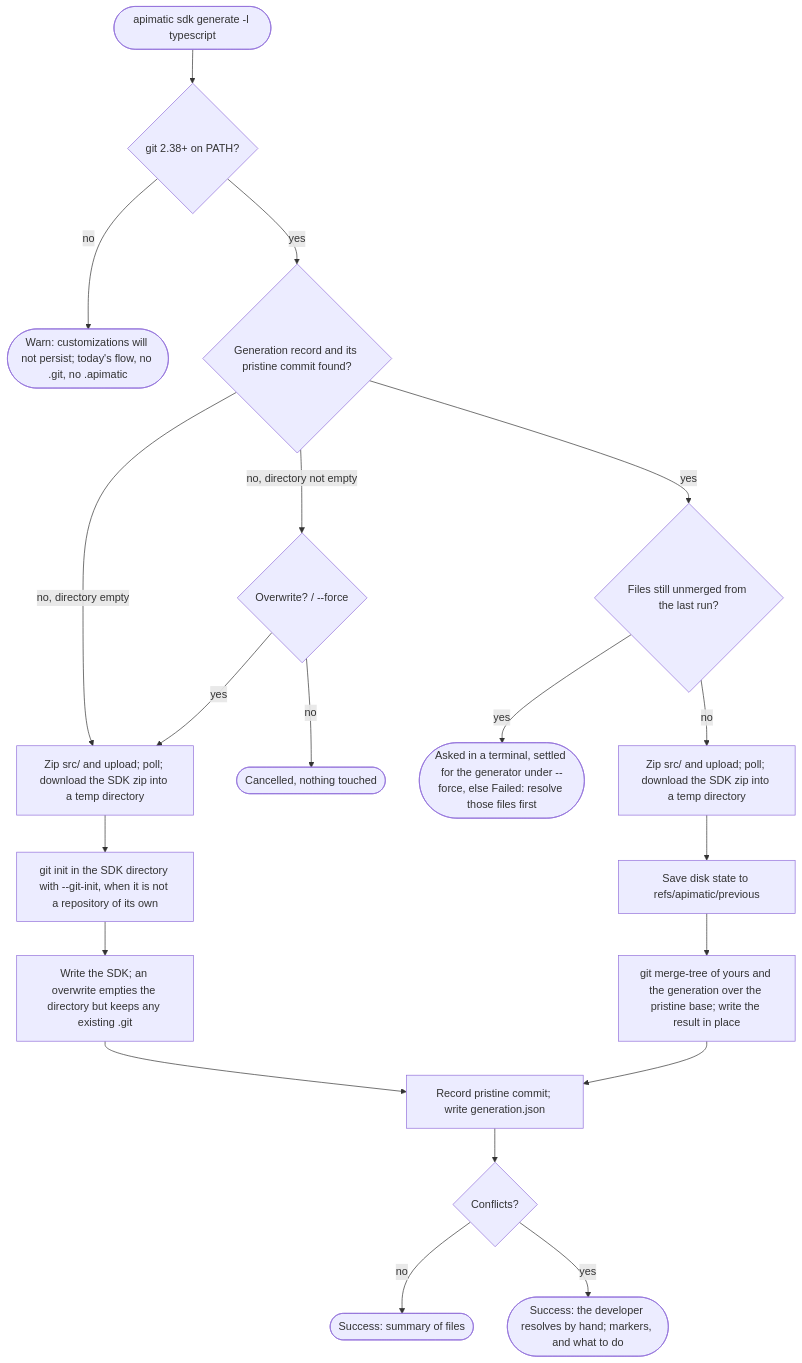
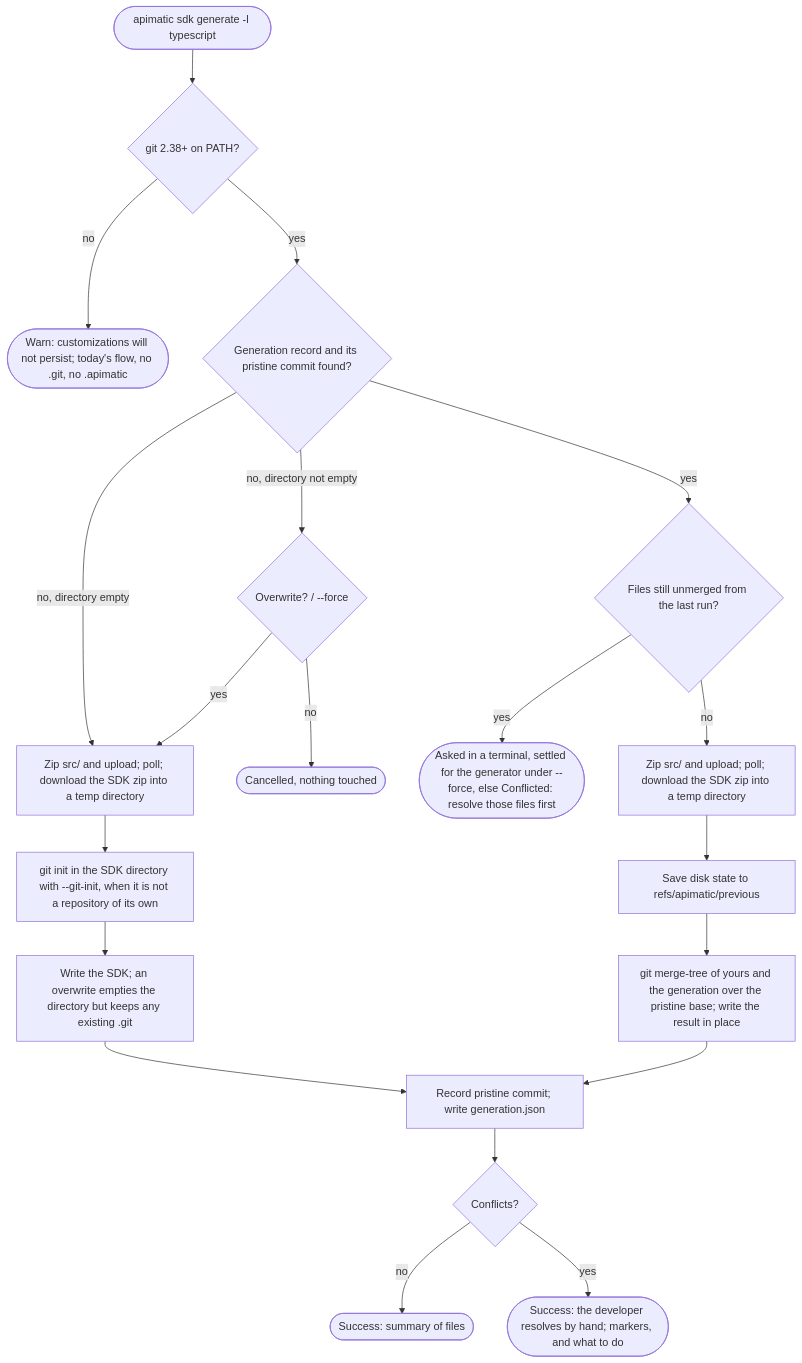
One commit to apimatic/apimatic-cli changed the first of 2 diagrams in .ai/plans/custom-code.md. Above: the diagram before and after it, drawn with Mermaid. The commit also changed other lines of this file and 15 other files, not shown here.

First line of the commit message:
feat(sdk): end a run that leaves files to resolve as Conflicted

````diff
--- a/.ai/plans/custom-code.md
+++ b/.ai/plans/custom-code.md
@@ -174,22 +174,22 @@
 ```mermaid
 flowchart TD
   A([apimatic sdk generate -l typescript]) --> V{git 2.38+ on PATH?}
   V -- no --> V1([Warn: customizations will not persist; today's flow, no .git, no .apimatic])
   V -- yes --> D{Generation record and its pristine commit found?}
   D -- no, directory empty --> C1
   D -- no, directory not empty --> F{Overwrite? / --force}
   F -- no --> X([Cancelled, nothing touched])
   F -- yes --> C1[Zip src/ and upload; poll; download the SDK zip into a temp directory]
   C1 --> R1[git init in the SDK directory with --git-init, when it is not a repository of its own]
   R1 --> E[Write the SDK; an overwrite empties the directory but keeps any existing .git]
   D -- yes --> G{Files still unmerged from the last run?}
-  G -- yes --> Y([Asked in a terminal, settled for the generator under --force, else Failed: resolve those files first])
+  G -- yes --> Y([Asked in a terminal, settled for the generator under --force, else Conflicted: resolve those files first])
   G -- no --> C2[Zip src/ and upload; poll; download the SDK zip into a temp directory]
   C2 --> H[Save disk state to refs/apimatic/previous]
   H --> I[git merge-tree of yours and the generation over the pristine base; write the result in place]
   E --> J[Record pristine commit; write generation.json]
   I --> J
   J --> K{Conflicts?}
   K -- no --> S([Success: summary of files])
   K -- yes --> T([Success: the developer resolves by hand; markers, and what to do])
 ```
````
